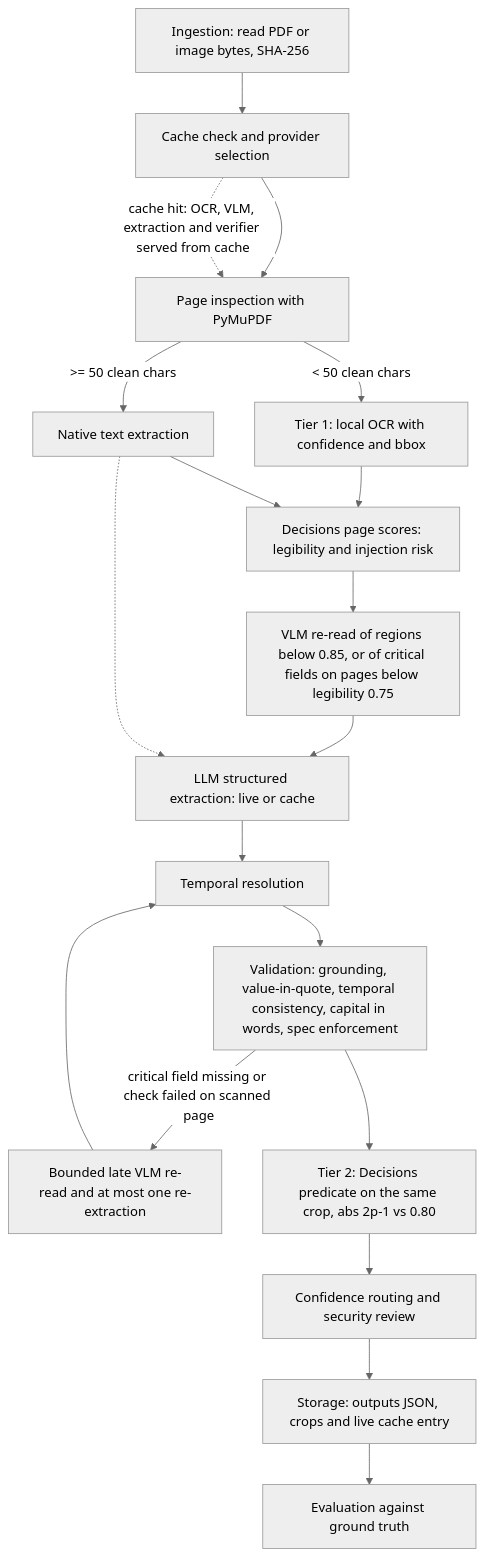
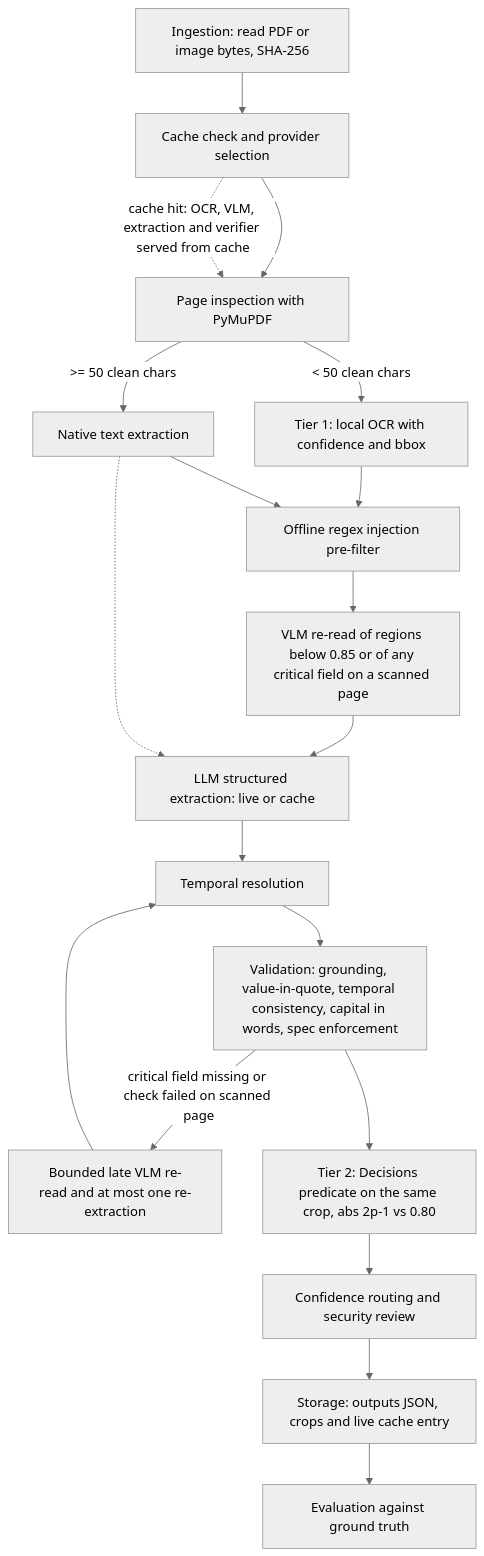
One commit to rupi-rs/actas-constitutivas-pipeline changed the diagram in README.md. Above: the diagram before and after it, drawn with Mermaid (neutral theme). The commit also changed other lines of this file and 4 other files, not shown here.

````diff
--- a/README.md
+++ b/README.md
@@ -67,21 +68,21 @@
 ```mermaid
 flowchart TD
     A[Ingestion: read PDF or image bytes, SHA-256] --> B[Cache check and provider selection]
     B --> C[Page inspection with PyMuPDF]
     C -->|>= 50 clean chars| D[Native text extraction]
     C -->|< 50 clean chars| E[Tier 1: local OCR with confidence and bbox]
-    E --> PS[Decisions page scores: legibility and injection risk]
-    D --> PS
-    PS --> V[VLM re-read of regions below 0.85, or of critical fields on pages below legibility 0.75]
+    E --> X[Offline regex injection pre-filter]
+    D --> X
+    X --> V[VLM re-read of regions below 0.85 or of any critical field on a scanned page]
     V --> G[LLM structured extraction: live or cache]
     D -.-> G
     G --> I[Temporal resolution]
     I --> S[Validation: grounding, value-in-quote, temporal consistency, capital in words, spec enforcement]
     S -->|critical field missing or check failed on scanned page| LR[Bounded late VLM re-read and at most one re-extraction]
     LR --> I
     S --> T[Tier 2: Decisions predicate on the same crop, abs 2p-1 vs 0.80]
     T --> R[Confidence routing and security review]
     R --> K[Storage: outputs JSON, crops and live cache entry]
     K --> L[Evaluation against ground truth]
     B -.->|cache hit: OCR, VLM, extraction and verifier served from cache| C
 ```
````
